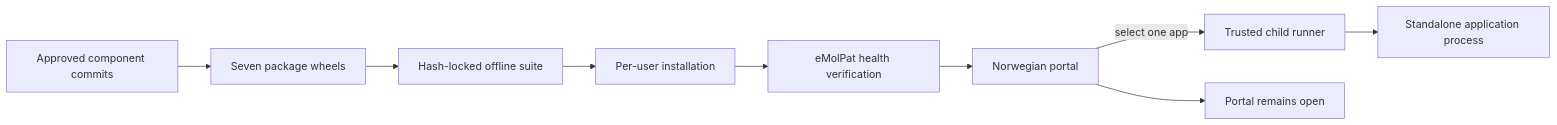
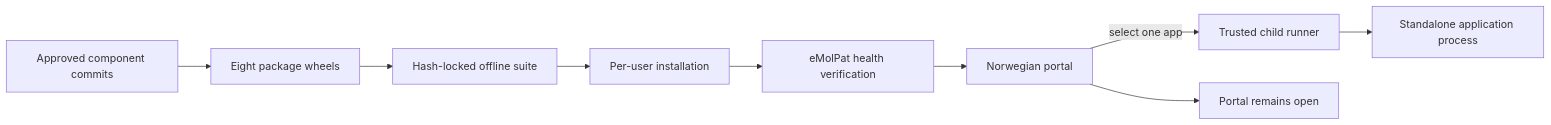
One commit to Christian-Bjornstad/eMolPat changed the diagram in README.md. Above: the diagram before and after it, drawn with Mermaid. The commit also changed other lines of this file and 6 other files, not shown here.

````diff
--- a/README.md
+++ b/README.md
@@ -78,11 +79,11 @@
 ```mermaid
 flowchart LR
-    A["Approved component commits"] --> B["Seven package wheels"]
+    A["Approved component commits"] --> B["Eight package wheels"]
     B --> C["Hash-locked offline suite"]
     C --> D["Per-user installation"]
     D --> E["eMolPat health verification"]
     E --> F["Norwegian portal"]
     F -->|select one app| G["Trusted child runner"]
     G --> H["Standalone application process"]
     F --> I["Portal remains open"]
 ```
````
